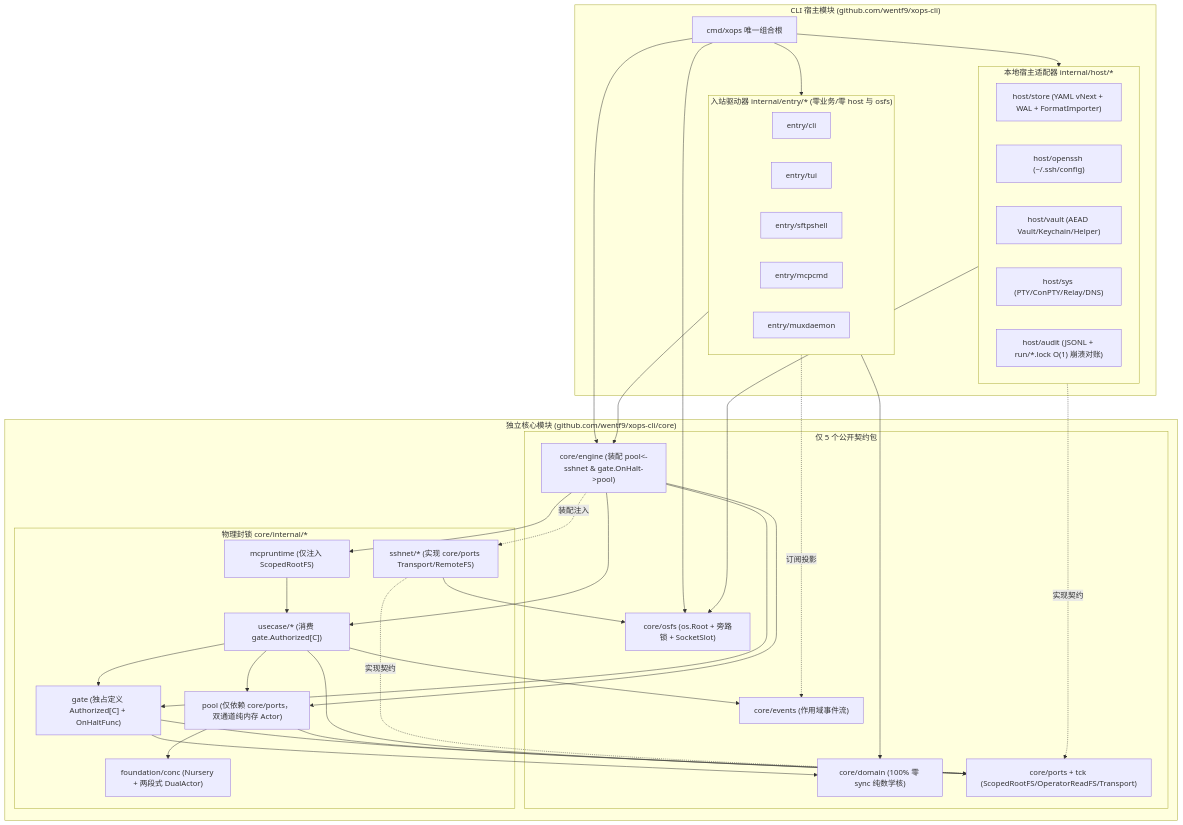
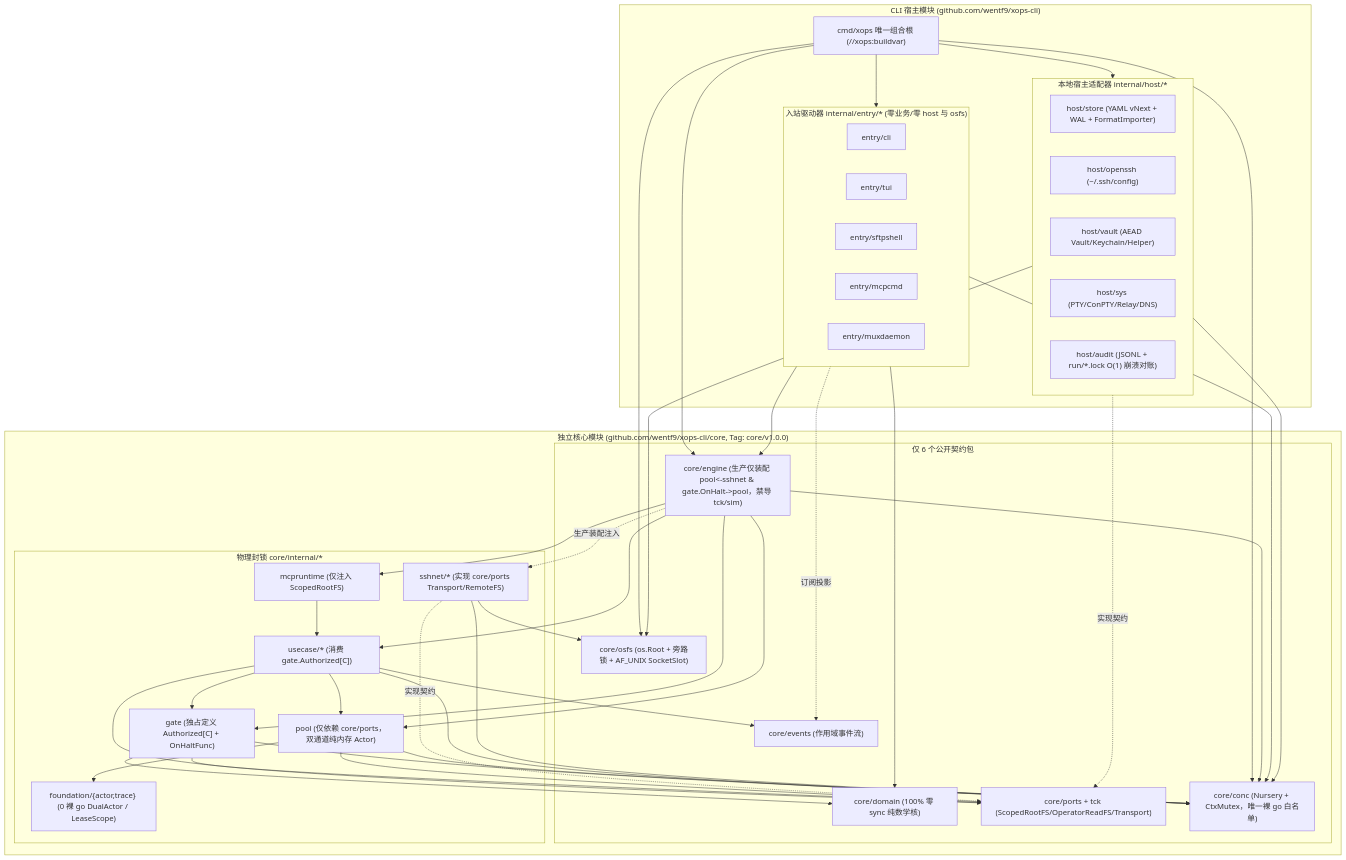
Before and after one commit to wentf9/xops-cli: the diagram in docs/development/v2-architecture-rfc.md, drawn with Mermaid. The commit also changed other lines of this file and 2 other files, not shown here.

````diff
--- a/docs/development/v2-architecture-rfc.md
+++ b/docs/development/v2-architecture-rfc.md
@@ -116,64 +117,73 @@
 ```mermaid
 flowchart TD
     subgraph CLI_Mod["CLI 宿主模块 (github.com/wentf9/xops-cli)"]
-        ROOT["cmd/xops 唯一组合根"]
+        ROOT["cmd/xops 唯一组合根 (//xops:buildvar)"]
         subgraph Entries["入站驱动器 internal/entry/* (零业务/零 host 与 osfs)"]
             E_CLI["entry/cli"]
             E_TUI["entry/tui"]
             E_SFTP["entry/sftpshell"]
             E_MCP["entry/mcpcmd"]
             E_MUX["entry/muxdaemon"]
         end
         subgraph HostInfra["本地宿主适配器 internal/host/*"]
             H_STORE["host/store (YAML vNext + WAL + FormatImporter)"]
             H_OPENSSH["host/openssh (~/.ssh/config)"]
             H_VAULT["host/vault (AEAD Vault/Keychain/Helper)"]
             H_SYS["host/sys (PTY/ConPTY/Relay/DNS)"]
             H_AUDIT["host/audit (JSONL + run/*.lock O(1) 崩溃对账)"]
         end
     end
 
-    subgraph Core_Mod["独立核心模块 (github.com/wentf9/xops-cli/core)"]
-        subgraph CorePub["仅 5 个公开契约包"]
-            C_ENG["core/engine (装配 pool<-sshnet & gate.OnHalt->pool)"]
+    subgraph Core_Mod["独立核心模块 (github.com/wentf9/xops-cli/core, Tag: core/v1.0.0)"]
+        subgraph CorePub["仅 6 个公开契约包"]
+            C_ENG["core/engine (生产仅装配 pool<-sshnet & gate.OnHalt->pool，禁导 tck/sim)"]
             C_DOM["core/domain (100% 零 sync 纯数学核)"]
             C_EVT["core/events (作用域事件流)"]
             C_PRT["core/ports + tck (ScopedRootFS/OperatorReadFS/Transport)"]
-            C_OSFS["core/osfs (os.Root + 旁路锁 + SocketSlot)"]
+            C_OSFS["core/osfs (os.Root + 旁路锁 + AF_UNIX SocketSlot)"]
+            C_CONC["core/conc (Nursery + CtxMutex，唯一裸 go 白名单)"]
         end
         subgraph CoreInt["物理封锁 core/internal/*"]
             I_UC["usecase/* (消费 gate.Authorized[C])"]
             I_GATE["gate (独占定义 Authorized[C] + OnHaltFunc)"]
             I_POOL["pool (仅依赖 core/ports，双通道纯内存 Actor)"]
             I_MCP["mcpruntime (仅注入 ScopedRootFS)"]
             I_SSH["sshnet/* (实现 core/ports Transport/RemoteFS)"]
-            I_CONC["foundation/conc (Nursery + 两段式 DualActor)"]
+            I_FND["foundation/{actor,trace} (0 裸 go DualActor / LeaseScope)"]
         end
     end
 
     ROOT --> Entries
     ROOT --> HostInfra
     ROOT --> C_ENG
     ROOT --> C_OSFS
+    ROOT --> C_CONC
     Entries --> C_ENG
     Entries --> C_DOM
+    Entries --> C_CONC
     Entries -.订阅投影.-> C_EVT
     HostInfra -.实现契约.-> C_PRT
     HostInfra --> C_OSFS
+    HostInfra --> C_CONC
     C_ENG --> I_UC
     C_ENG --> I_MCP
     C_ENG --> I_POOL
     C_ENG --> I_GATE
-    C_ENG -.装配注入.-> I_SSH
+    C_ENG --> C_CONC
+    C_ENG -.生产装配注入.-> I_SSH
     I_MCP --> I_UC
     I_UC --> I_GATE
     I_UC --> I_POOL
     I_UC --> C_EVT
     I_UC --> C_PRT
+    I_UC --> C_CONC
     I_GATE --> C_DOM
     I_GATE --> C_PRT
+    I_GATE --> C_CONC
     I_POOL --> C_PRT
-    I_POOL --> I_CONC
+    I_POOL --> C_CONC
+    I_POOL --> I_FND
     I_SSH -.实现契约.-> C_PRT
     I_SSH --> C_OSFS
+    I_SSH --> C_CONC
 ```
````
